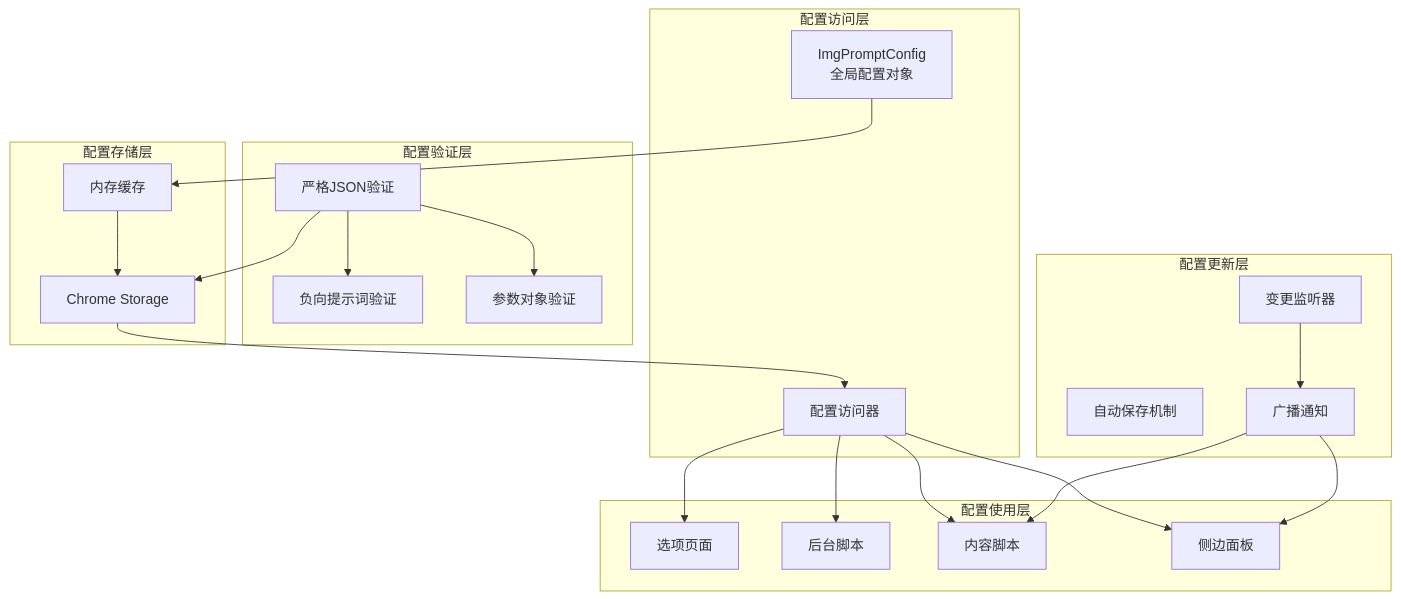
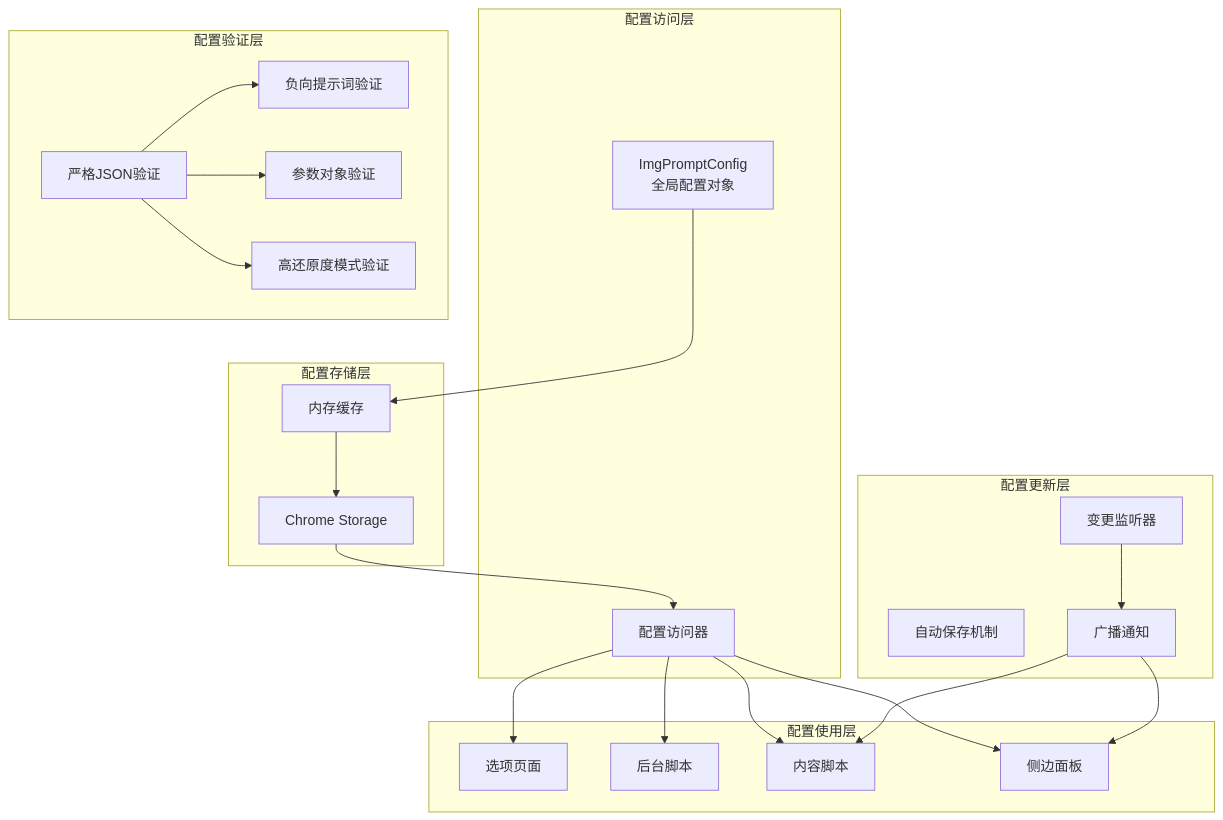
The third of 11 diagrams in .qoder/repowiki/zh/content/技术架构/核心模块分析/配置管理模块 (config.js).md (binasi/Img2Prompt), drawn with Mermaid before and after one commit. The commit also changed other lines of this file and 19 other files, not shown here.

````diff
--- a/.qoder/repowiki/zh/content/技术架构/核心模块分析/配置管理模块 (config.js).md
+++ b/.qoder/repowiki/zh/content/技术架构/核心模块分析/配置管理模块 (config.js).md
@@ -216,40 +230,41 @@
 ```mermaid
 graph TB
 subgraph "配置访问层"
 Global[ImgPromptConfig<br/>全局配置对象]
 Access[配置访问器]
 end
 subgraph "配置存储层"
 Memory[内存缓存]
 Storage[Chrome Storage]
 end
 subgraph "配置验证层"
 StrictJSON[严格JSON验证]
 NegativePrompt[负向提示词验证]
 Parameters[参数对象验证]
+RecreateMode[高还原度模式验证]
 end
 subgraph "配置更新层"
 AutoSave[自动保存机制]
 ChangeListener[变更监听器]
 Broadcast[广播通知]
 end
 subgraph "配置使用层"
 Options[选项页面]
 Background[后台脚本]
 Content[内容脚本]
 Panel[侧边面板]
 end
 Global --> Memory
 Memory --> Storage
 Storage --> Access
 Access --> Options
 Access --> Background
 Access --> Content
 Access --> Panel
 StrictJSON --> NegativePrompt
 StrictJSON --> Parameters
-StrictJSON --> Storage
+StrictJSON --> RecreateMode
 ChangeListener --> Broadcast
 Broadcast --> Content
 Broadcast --> Panel
 ```
````
